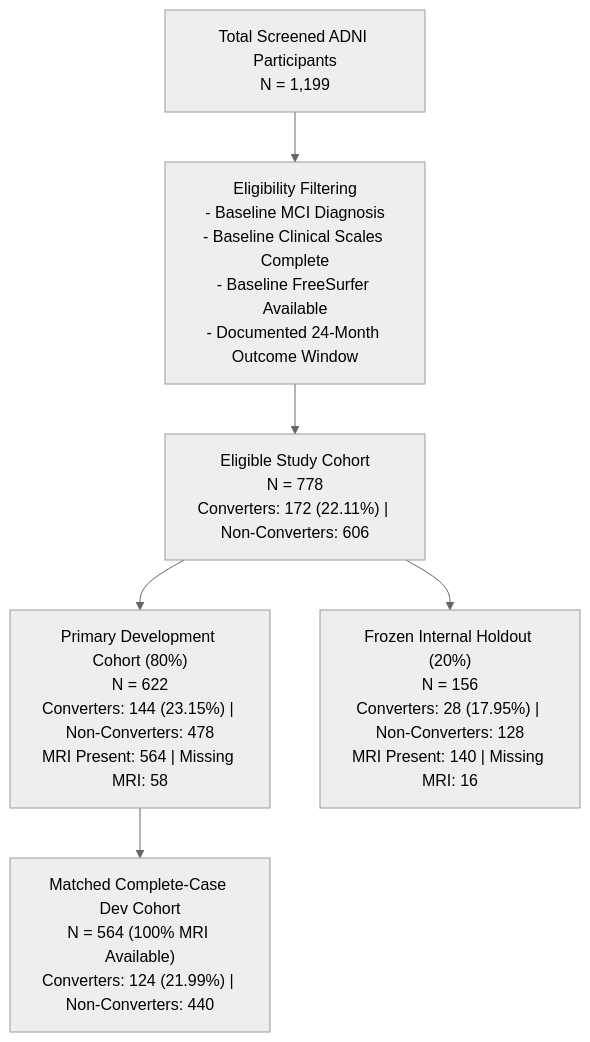
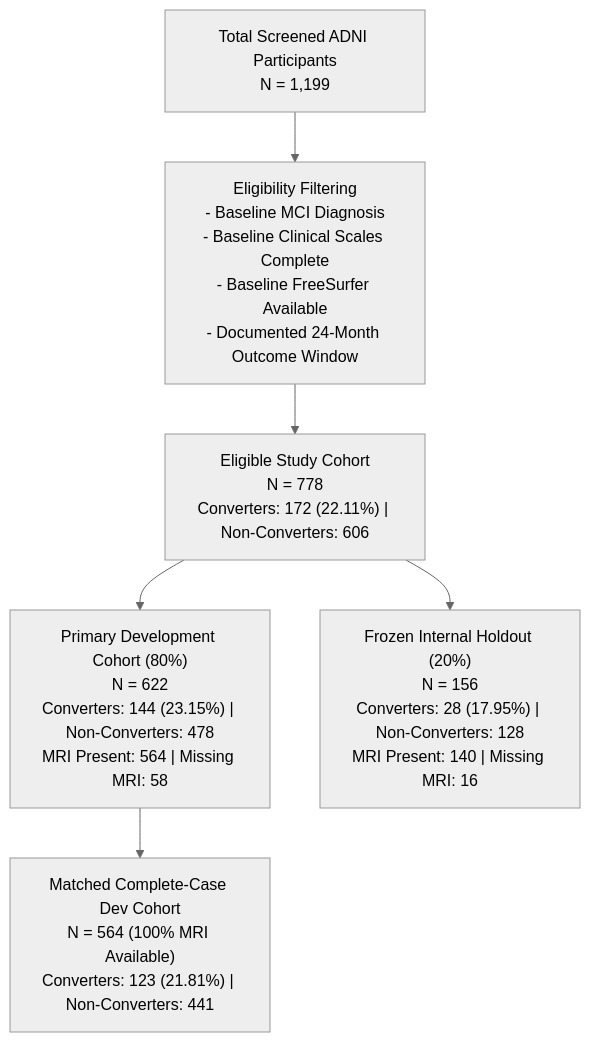
The first of 2 diagrams in README.md (Lahari468/MCI_AD_Research), drawn with Mermaid (neutral theme) before and after one commit. The commit also changed other lines of this file and 12 other files, not shown here.

````diff
--- a/README.md
+++ b/README.md
@@ -154,8 +154,8 @@
 ```mermaid
 flowchart TD
     S["Total Screened ADNI Participants<br>N = 1,199"] --> E["Eligibility Filtering<br>- Baseline MCI Diagnosis<br>- Baseline Clinical Scales Complete<br>- Baseline FreeSurfer Available<br>- Documented 24-Month Outcome Window"]
     E --> EL["Eligible Study Cohort<br>N = 778<br>Converters: 172 (22.11%) | Non-Converters: 606"]
     EL --> DEV["Primary Development Cohort (80%)<br>N = 622<br>Converters: 144 (23.15%) | Non-Converters: 478<br>MRI Present: 564 | Missing MRI: 58"]
     EL --> HLD["Frozen Internal Holdout (20%)<br>N = 156<br>Converters: 28 (17.95%) | Non-Converters: 128<br>MRI Present: 140 | Missing MRI: 16"]
-    DEV --> MC["Matched Complete-Case Dev Cohort<br>N = 564 (100% MRI Available)<br>Converters: 124 (21.99%) | Non-Converters: 440"]
+    DEV --> MC["Matched Complete-Case Dev Cohort<br>N = 564 (100% MRI Available)<br>Converters: 123 (21.81%) | Non-Converters: 441"]
 ```
````
